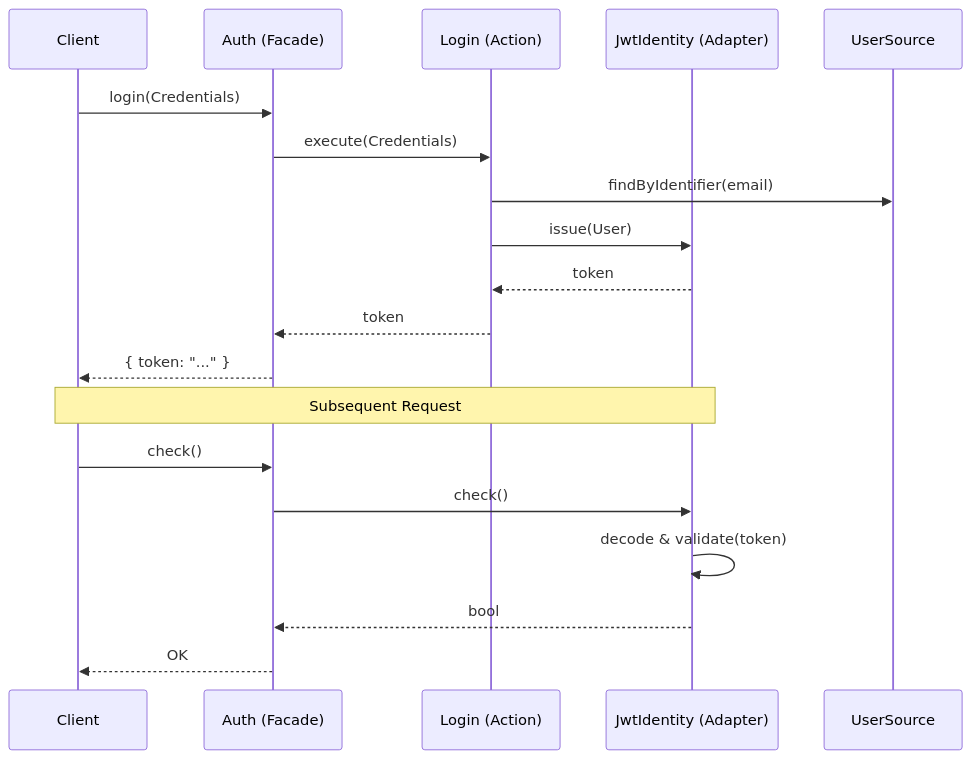
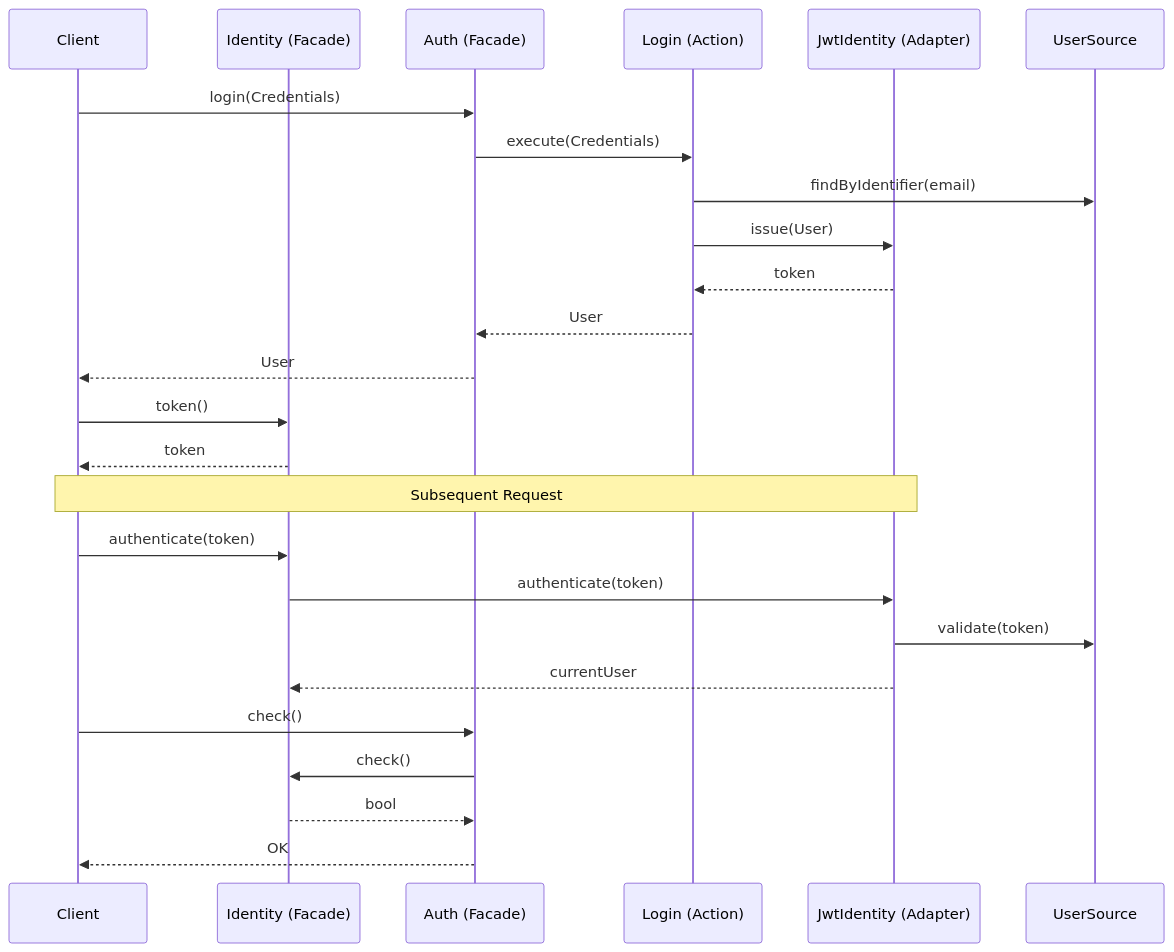
Before and after one commit to shomsy/avax: the diagram in Foundation/Auth/docs/jwt-flow.md, drawn with Mermaid. The commit also changed other lines of this file and 33 other files, not shown here.

Commit message:
Harden auth composition and identity checks

````diff
--- a/Foundation/Auth/docs/jwt-flow.md
+++ b/Foundation/Auth/docs/jwt-flow.md
@@ -9,23 +9,29 @@
 ```mermaid
 sequenceDiagram
     participant Client
+    participant Identity as Identity (Facade)
     participant Auth as Auth (Facade)
     participant Login as Login (Action)
     participant JWT as JwtIdentity (Adapter)
     participant DB as UserSource
 
     Client->>Auth: login(Credentials)
     Auth->>Login: execute(Credentials)
     Login->>DB: findByIdentifier(email)
     Login->>JWT: issue(User)
     JWT-->>Login: token
-    Login-->>Auth: token
-    Auth-->>Client: { token: "..." }
+    Login-->>Auth: User
+    Auth-->>Client: User
+    Client->>Identity: token()
+    Identity-->>Client: token
 
     Note over Client, JWT: Subsequent Request
+    Client->>Identity: authenticate(token)
+    Identity->>JWT: authenticate(token)
+    JWT->>DB: validate(token)
+    JWT-->>Identity: currentUser
     Client->>Auth: check()
-    Auth->>JWT: check()
-    JWT->>JWT: decode & validate(token)
-    JWT-->>Auth: bool
+    Auth->>Identity: check()
+    Identity-->>Auth: bool
     Auth-->>Client: OK
 ```
````
